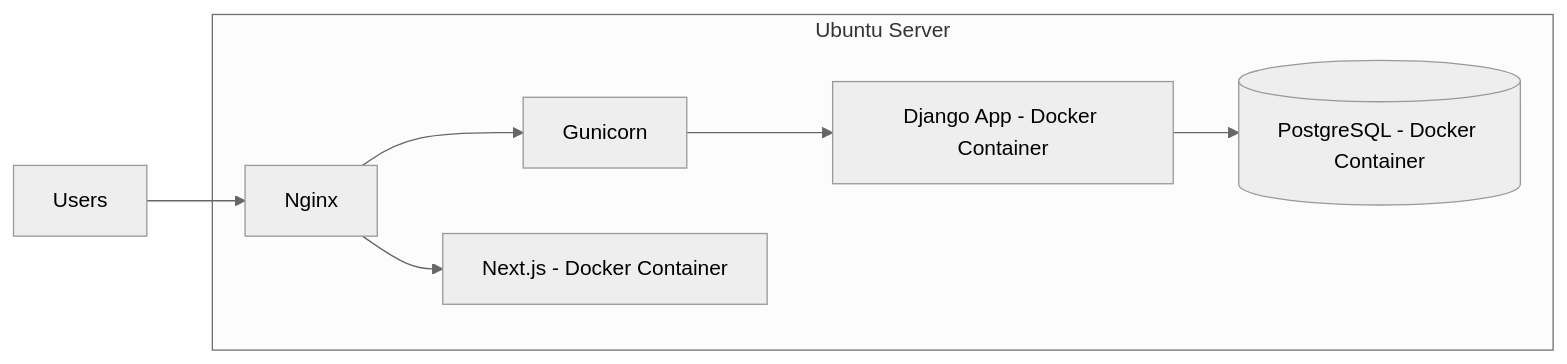
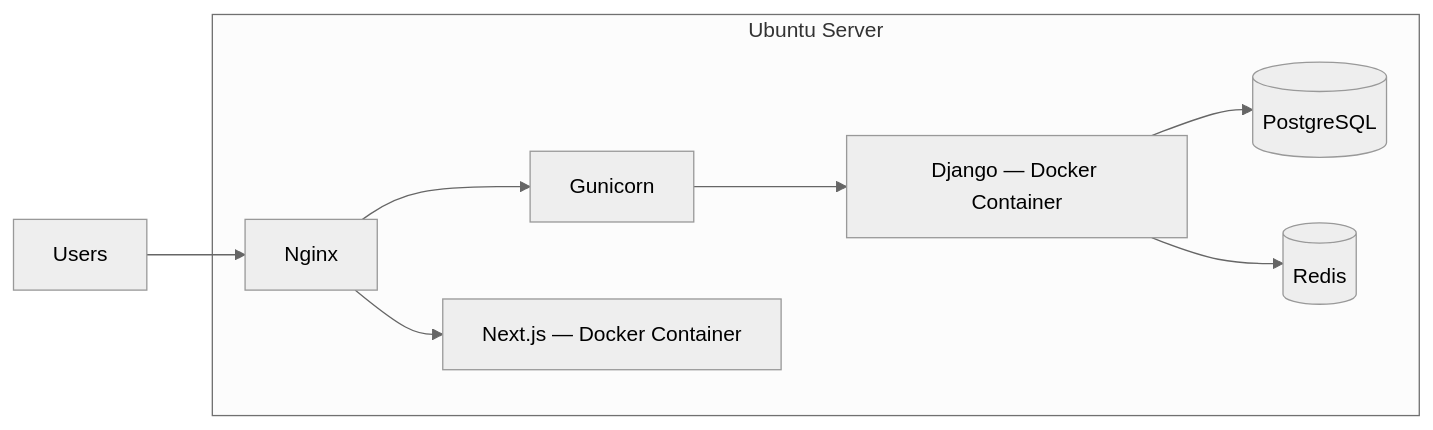
One commit to SyedJawad125/A-Collections-Django-Next-JS-and-PostgreSQL changed the sixth of 6 diagrams in README.md. Above: the diagram before and after it, drawn with Mermaid (neutral theme). The commit also changed other lines of this file and 1 other file, not shown here.

````diff
--- a/README.md
+++ b/README.md
@@ -1453,10 +1332,11 @@
 ```mermaid
 flowchart LR
     subgraph Server["Ubuntu Server"]
         N[Nginx] --> G[Gunicorn]
-        G --> D[Django App - Docker Container]
-        D --> P[(PostgreSQL - Docker Container)]
-        N --> F[Next.js - Docker Container]
+        G --> D[Django — Docker Container]
+        D --> P[(PostgreSQL)]
+        D --> R[(Redis)]
+        N --> F[Next.js — Docker Container]
     end
     U[Users] --> N
 ```
````
